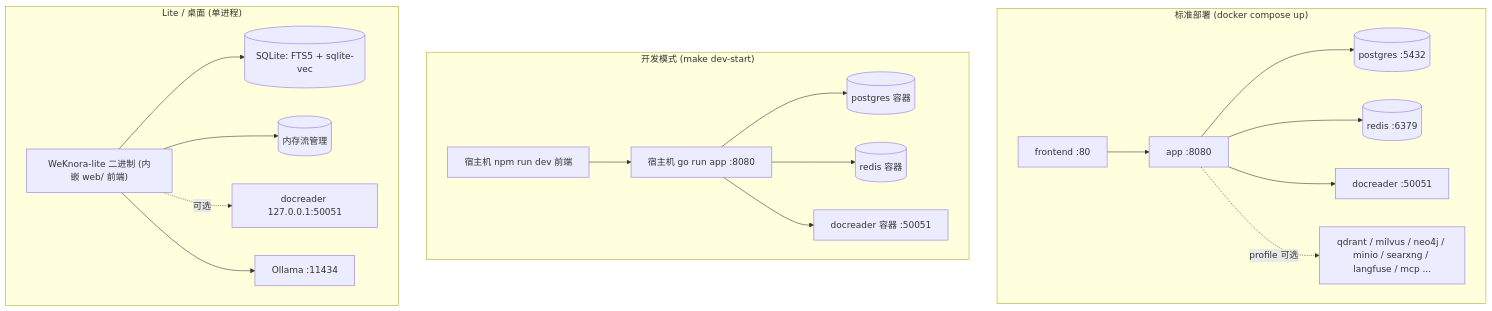
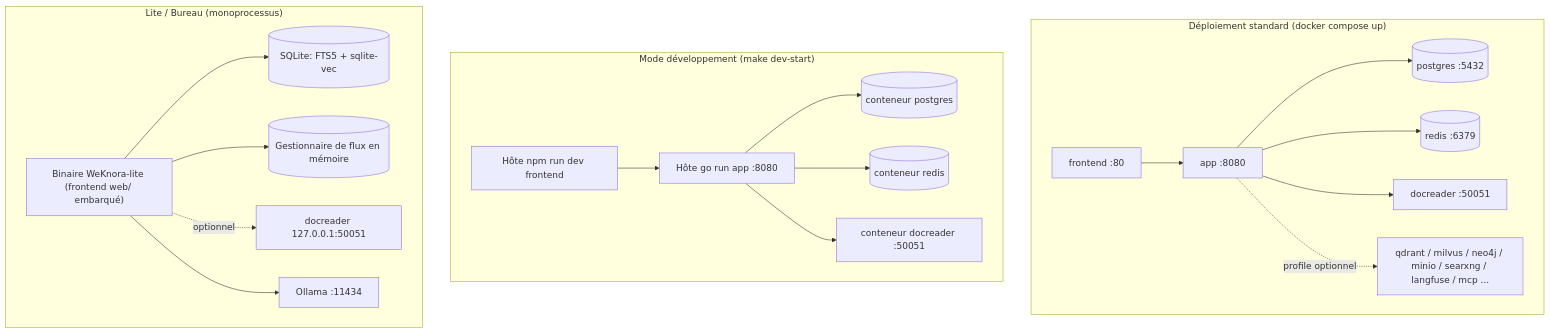
The first of 2 diagrams in website-docs/01-getting-started/02-installation.md (samiriggui-code/gsms-template), drawn with Mermaid before and after one commit. The commit also changed other lines of this file and 301 other files, not shown here.

````diff
--- a/website-docs/01-getting-started/02-installation.md
+++ b/website-docs/01-getting-started/02-installation.md
@@ -15,23 +15,23 @@
 ```mermaid
 flowchart TB
-    subgraph prod["标准部署 (docker compose up)"]
+    subgraph prod["Déploiement standard (docker compose up)"]
         FE1["frontend :80"] --> APP1["app :8080"]
         APP1 --> PG1[("postgres :5432")]
         APP1 --> RD1[("redis :6379")]
         APP1 --> DR1["docreader :50051"]
-        APP1 -. "profile 可选" .-> OPT1["qdrant / milvus / neo4j / minio / searxng / langfuse / mcp ..."]
+        APP1 -. "profile optionnel" .-> OPT1["qdrant / milvus / neo4j / minio / searxng / langfuse / mcp ..."]
     end
-    subgraph dev["开发模式 (make dev-start)"]
-        LOCALAPP["宿主机 go run app :8080"] --> PG2[("postgres 容器")]
-        LOCALAPP --> RD2[("redis 容器")]
-        LOCALAPP --> DR2["docreader 容器 :50051"]
-        LOCALFE["宿主机 npm run dev 前端"] --> LOCALAPP
+    subgraph dev["Mode développement (make dev-start)"]
+        LOCALAPP["Hôte go run app :8080"] --> PG2[("conteneur postgres")]
+        LOCALAPP --> RD2[("conteneur redis")]
+        LOCALAPP --> DR2["conteneur docreader :50051"]
+        LOCALFE["Hôte npm run dev frontend"] --> LOCALAPP
     end
-    subgraph lite["Lite / 桌面 (单进程)"]
-        BIN["WeKnora-lite 二进制 (内嵌 web/ 前端)"]
+    subgraph lite["Lite / Bureau (monoprocessus)"]
+        BIN["Binaire WeKnora-lite (frontend web/ embarqué)"]
         BIN --> SQLITE[("SQLite: FTS5 + sqlite-vec")]
-        BIN --> MEMQ[("内存流管理")]
-        BIN -. "可选" .-> DR3["docreader 127.0.0.1:50051"]
+        BIN --> MEMQ[("Gestionnaire de flux en mémoire")]
+        BIN -. "optionnel" .-> DR3["docreader 127.0.0.1:50051"]
         BIN --> OLLAMA["Ollama :11434"]
     end
 ```
````
